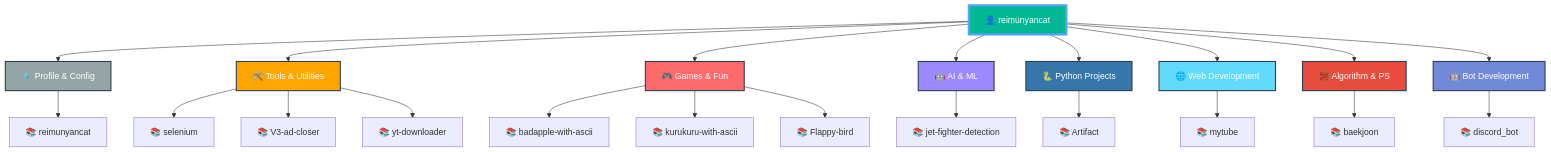
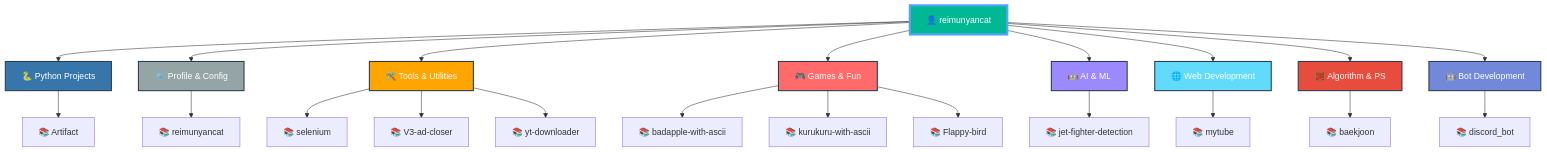
One commit to reimunyancat/reimunyancat changed the diagram in README.md. Above: the diagram before and after it, drawn with Mermaid. The commit also changed other lines of this file, not shown here.

Commit message:
🤖 Auto-update README with latest repositories

````diff
--- a/README.md
+++ b/README.md
@@ -159,42 +159,42 @@
 ```mermaid
 graph TD
   A[👤 reimunyancat]
 
-  A --> CAT0[⚙️ Profile & Config]
-  CAT0 --> CAT0_0[📚 reimunyancat]
+  A --> CAT0[🐍 Python Projects]
+  CAT0 --> CAT0_0[📚 Artifact]
 
-  A --> CAT1[🛠️ Tools & Utilities]
-  CAT1 --> CAT1_0[📚 selenium]
-  CAT1 --> CAT1_1[📚 V3-ad-closer]
-  CAT1 --> CAT1_2[📚 yt-downloader]
+  A --> CAT1[⚙️ Profile & Config]
+  CAT1 --> CAT1_0[📚 reimunyancat]
 
-  A --> CAT2[🎮 Games & Fun]
-  CAT2 --> CAT2_0[📚 badapple-with-ascii]
-  CAT2 --> CAT2_1[📚 kurukuru-with-ascii]
-  CAT2 --> CAT2_2[📚 Flappy-bird]
+  A --> CAT2[🛠️ Tools & Utilities]
+  CAT2 --> CAT2_0[📚 selenium]
+  CAT2 --> CAT2_1[📚 V3-ad-closer]
+  CAT2 --> CAT2_2[📚 yt-downloader]
 
-  A --> CAT3[🤖 AI & ML]
-  CAT3 --> CAT3_0[📚 jet-fighter-detection]
+  A --> CAT3[🎮 Games & Fun]
+  CAT3 --> CAT3_0[📚 badapple-with-ascii]
+  CAT3 --> CAT3_1[📚 kurukuru-with-ascii]
+  CAT3 --> CAT3_2[📚 Flappy-bird]
 
-  A --> CAT4[🐍 Python Projects]
-  CAT4 --> CAT4_0[📚 Artifact]
+  A --> CAT4[🤖 AI & ML]
+  CAT4 --> CAT4_0[📚 jet-fighter-detection]
 
   A --> CAT5[🌐 Web Development]
   CAT5 --> CAT5_0[📚 mytube]
 
   A --> CAT6[🧮 Algorithm & PS]
   CAT6 --> CAT6_0[📚 baekjoon]
 
   A --> CAT7[🤖 Bot Development]
   CAT7 --> CAT7_0[📚 discord_bot]
 
   style A fill:#00b894,stroke:#55a3ff,stroke-width:4px,color:#fff
-  style CAT0 fill:#95a5a6,stroke:#2c3e50,stroke-width:2px,color:#fff
-  style CAT1 fill:#ffa500,stroke:#2c3e50,stroke-width:2px,color:#fff
-  style CAT2 fill:#ff6b6b,stroke:#2c3e50,stroke-width:2px,color:#fff
-  style CAT3 fill:#9c88ff,stroke:#2c3e50,stroke-width:2px,color:#fff
-  style CAT4 fill:#3776ab,stroke:#2c3e50,stroke-width:2px,color:#fff
+  style CAT0 fill:#3776ab,stroke:#2c3e50,stroke-width:2px,color:#fff
+  style CAT1 fill:#95a5a6,stroke:#2c3e50,stroke-width:2px,color:#fff
+  style CAT2 fill:#ffa500,stroke:#2c3e50,stroke-width:2px,color:#fff
+  style CAT3 fill:#ff6b6b,stroke:#2c3e50,stroke-width:2px,color:#fff
+  style CAT4 fill:#9c88ff,stroke:#2c3e50,stroke-width:2px,color:#fff
   style CAT5 fill:#61dafb,stroke:#2c3e50,stroke-width:2px,color:#fff
   style CAT6 fill:#e74c3c,stroke:#2c3e50,stroke-width:2px,color:#fff
   style CAT7 fill:#7289da,stroke:#2c3e50,stroke-width:2px,color:#fff
 ```
````
